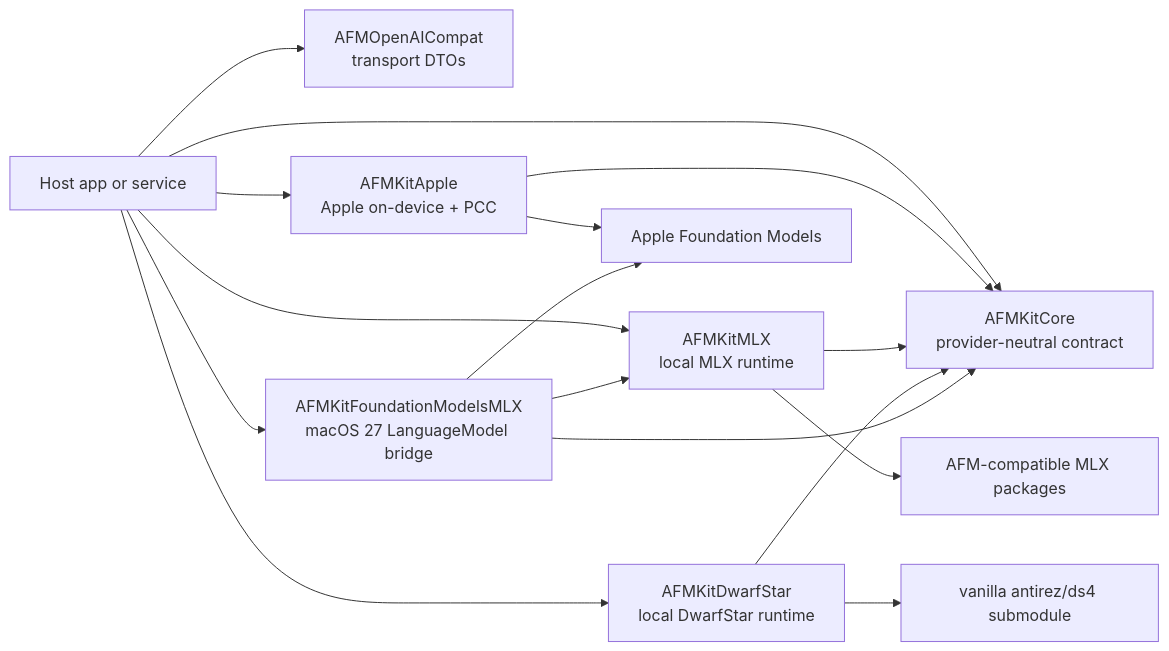
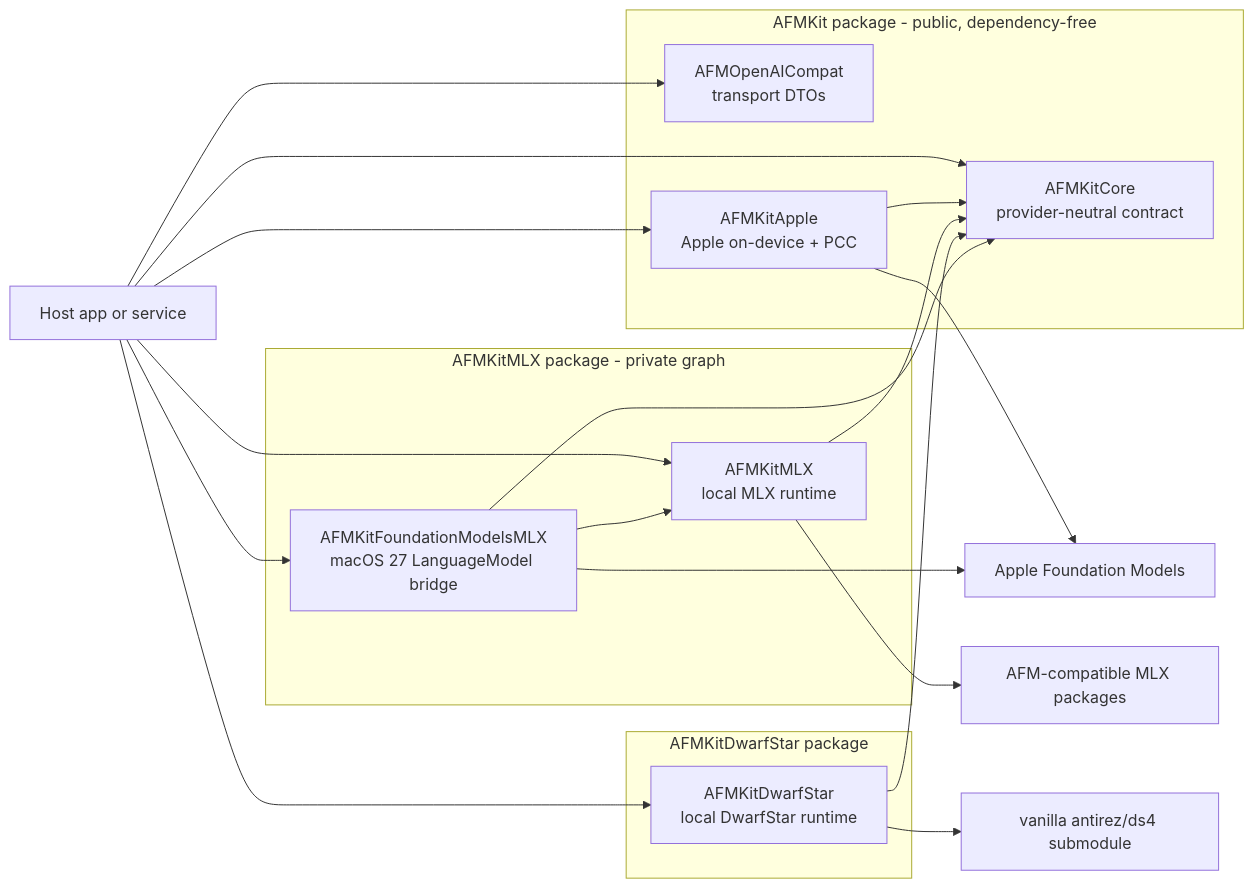
One commit to scouzi1966/AFMKit changed the diagram in Architecture/README.md. Above: the diagram before and after it, drawn with Mermaid. The commit also changed other lines of this file and 270 other files, not shown here.

First line of the commit message:
Split AFMKit package and release boundaries

````diff
--- a/Architecture/README.md
+++ b/Architecture/README.md
@@ -66,18 +68,31 @@
 ```mermaid
 flowchart LR
     Host["Host app or service"] --> Core["AFMKitCore\nprovider-neutral contract"]
     Host --> OAI["AFMOpenAICompat\ntransport DTOs"]
     Host --> Apple["AFMKitApple\nApple on-device + PCC"]
     Host --> MLX["AFMKitMLX\nlocal MLX runtime"]
     Host --> DS["AFMKitDwarfStar\nlocal DwarfStar runtime"]
     Host --> FMMLX["AFMKitFoundationModelsMLX\nmacOS 27 LanguageModel bridge"]
     Apple --> Core
     MLX --> Core
     DS --> Core
     FMMLX --> Core
     FMMLX --> MLX
     Apple --> Foundation["Apple Foundation Models"]
     FMMLX --> Foundation
     MLX --> GitMLX["AFM-compatible MLX packages"]
     DS --> GitDS["vanilla antirez/ds4 submodule"]
+
+    subgraph PublicPackage["AFMKit package - public, dependency-free"]
+        Core
+        OAI
+        Apple
+    end
+    subgraph DwarfPackage["AFMKitDwarfStar package"]
+        DS
+    end
+    subgraph MLXPackage["AFMKitMLX package - private graph"]
+        MLX
+        FMMLX
+    end
 ```
````
